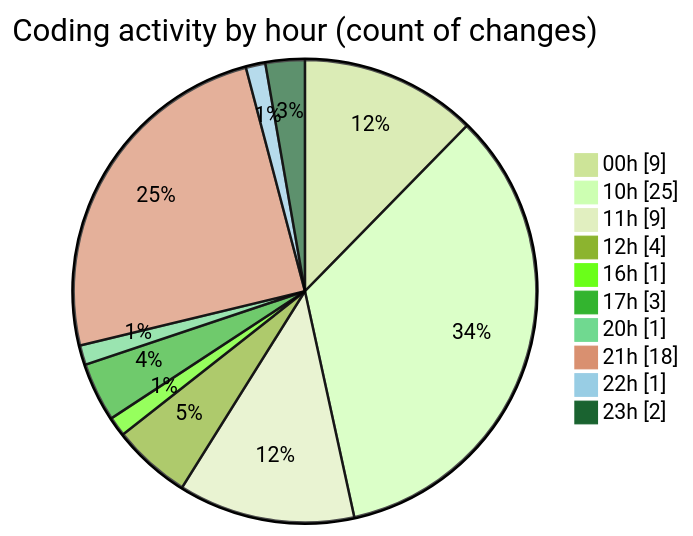
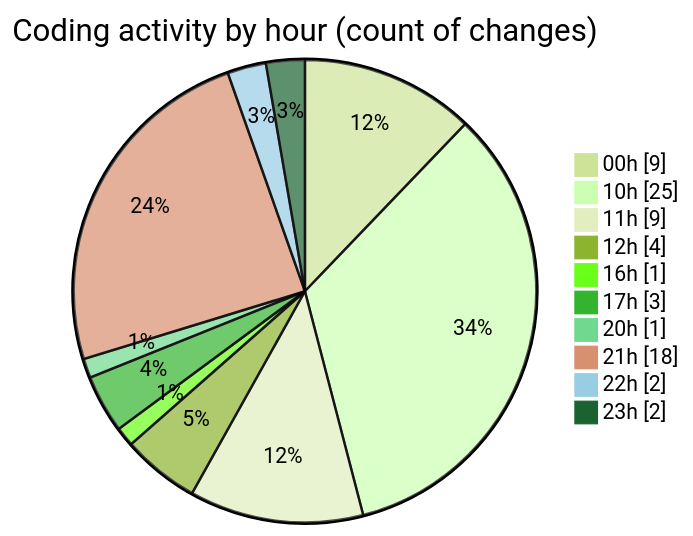
Before and after one commit to julien-gomy/code-tracking: the second of 2 diagrams in 2025-11-15/cdp_aleoudev_fr__workspace_/README.md, drawn with Mermaid (forest theme). The commit also changed other lines of this file and 1 other file, not shown here.

````diff
--- a/2025-11-15/cdp_aleoudev_fr__workspace_/README.md
+++ b/2025-11-15/cdp_aleoudev_fr__workspace_/README.md
@@ -39,14 +40,14 @@
 ```mermaid
 pie showData
 title Coding activity by hour (count of changes)
 "00h" : 9
 "10h" : 25
 "11h" : 9
 "12h" : 4
 "16h" : 1
 "17h" : 3
 "20h" : 1
 "21h" : 18
-"22h" : 1
+"22h" : 2
 "23h" : 2
 ```
````
